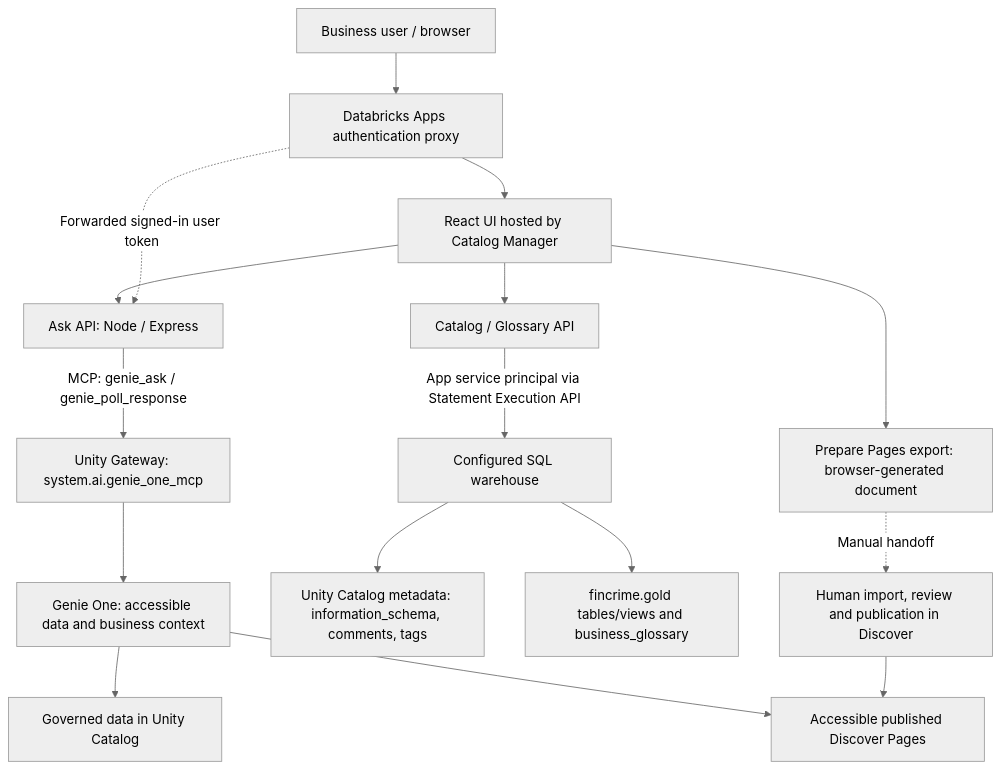
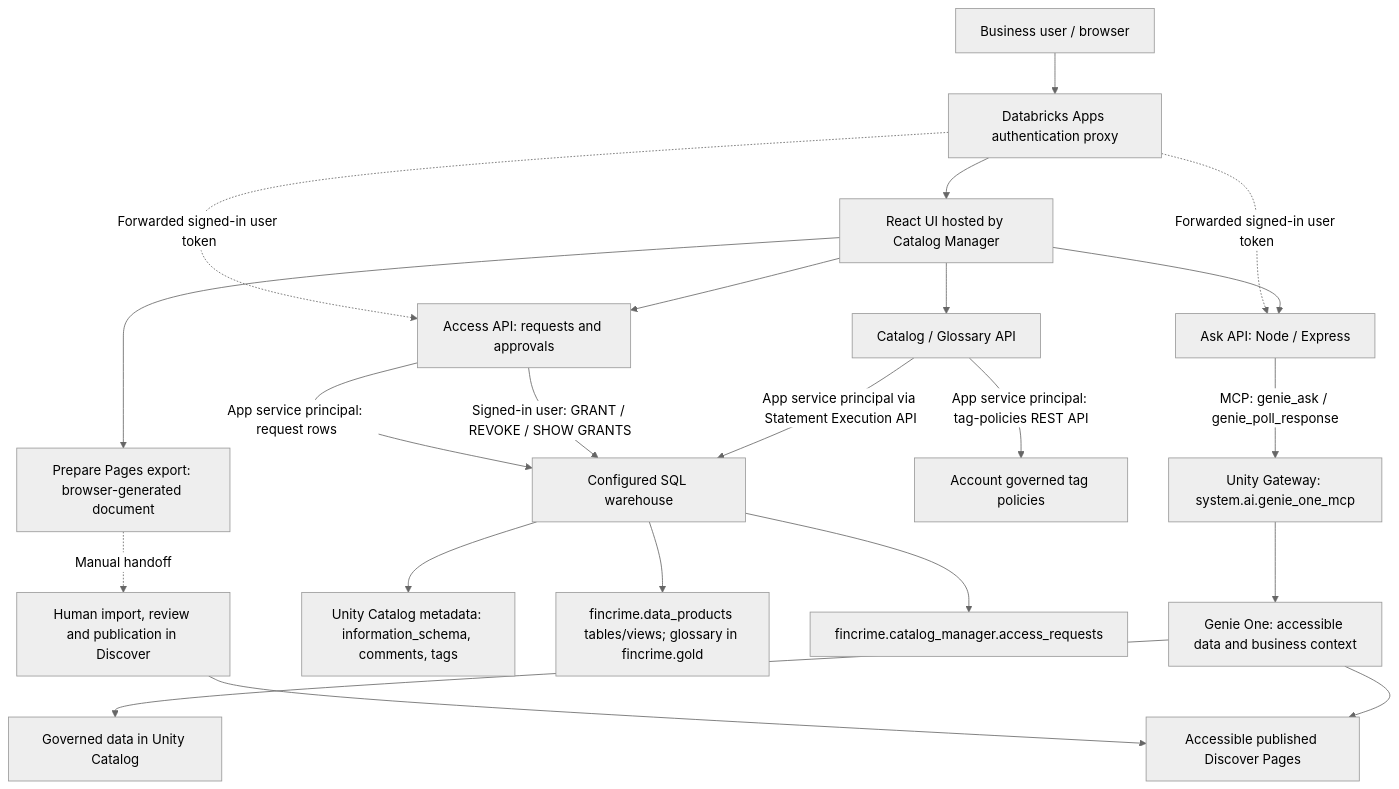
One commit to greeshmapl5/fincrime-genie-demo changed the diagram in docs/summit-team-demo.md. Above: the diagram before and after it, drawn with Mermaid (neutral theme). The commit also changed other lines of this file and 34 other files, not shown here.

````diff
--- a/docs/summit-team-demo.md
+++ b/docs/summit-team-demo.md
@@ -53,18 +53,24 @@
 ```mermaid
 flowchart TD
     U["Business user / browser"] --> P["Databricks Apps authentication proxy"]
     P --> UI["React UI hosted by Catalog Manager"]
     UI --> A["Ask API: Node / Express"]
     P -. "Forwarded signed-in user token" .-> A
     A -->|"MCP: genie_ask / genie_poll_response"| G["Unity Gateway: system.ai.genie_one_mcp"]
     G --> GO["Genie One: accessible data and business context"]
     GO --> D["Governed data in Unity Catalog"]
     GO --> PG["Accessible published Discover Pages"]
     UI --> C["Catalog / Glossary API"]
     C -->|"App service principal via Statement Execution API"| W["Configured SQL warehouse"]
+    C -->|"App service principal: tag-policies REST API"| TP["Account governed tag policies"]
     W --> M["Unity Catalog metadata: information_schema, comments, tags"]
-    W --> T["fincrime.gold tables/views and business_glossary"]
+    W --> T["fincrime.data_products tables/views; glossary in fincrime.gold"]
+    UI --> AC["Access API: requests and approvals"]
+    P -. "Forwarded signed-in user token" .-> AC
+    AC -->|"Signed-in user: GRANT / REVOKE / SHOW GRANTS"| W
+    AC -->|"App service principal: request rows"| W
+    W --> R["fincrime.catalog_manager.access_requests"]
     UI --> E["Prepare Pages export: browser-generated document"]
     E -. "Manual handoff" .-> H["Human import, review and publication in Discover"]
     H --> PG
 ```
````
